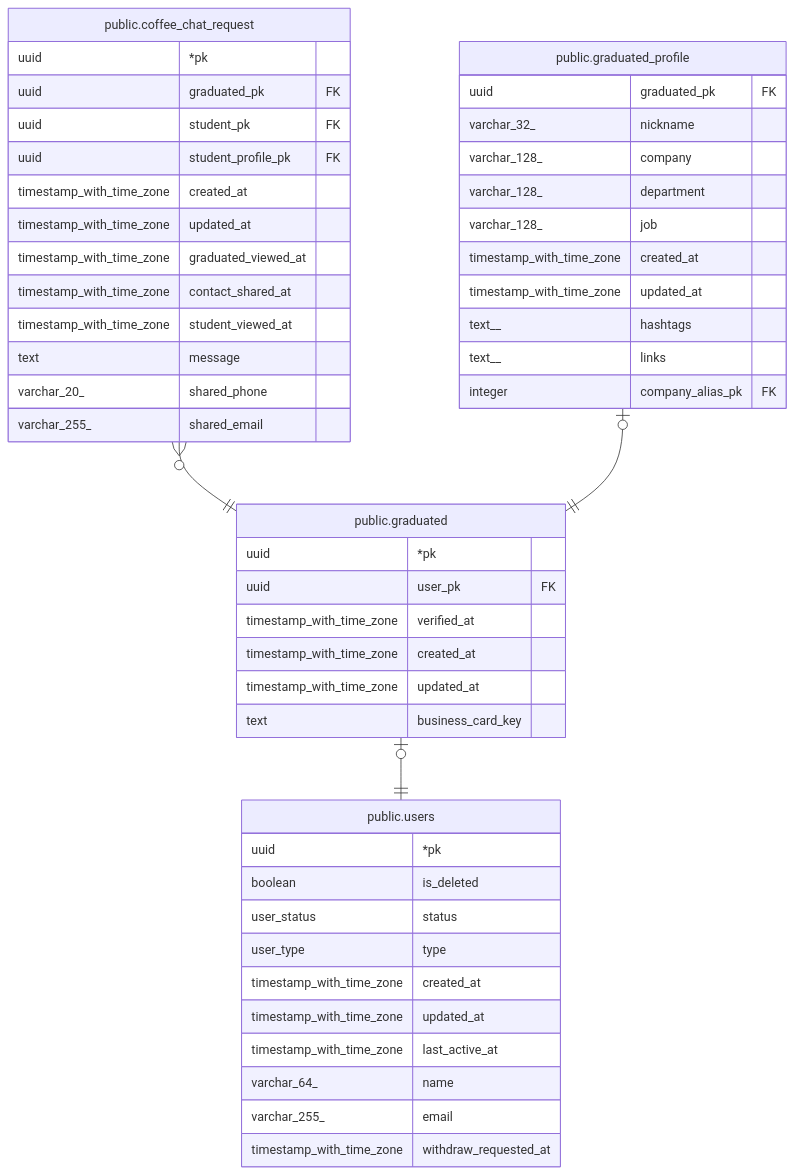
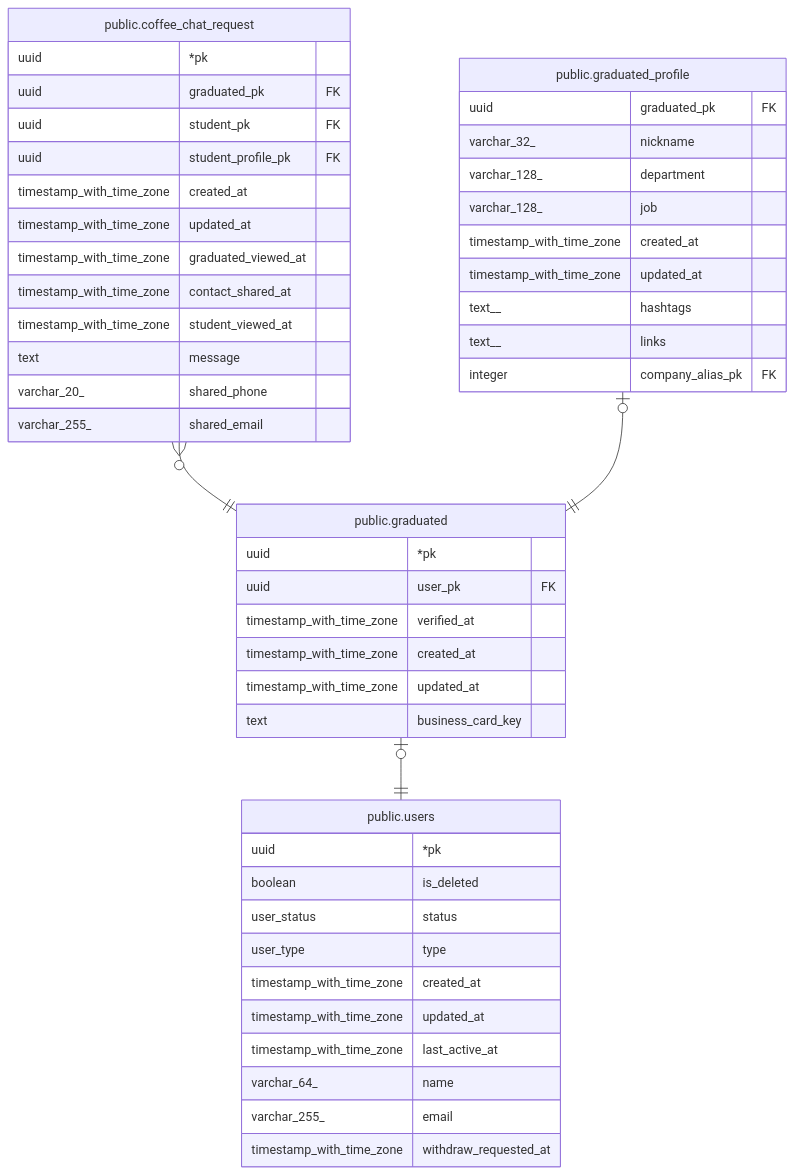
The diagram in docs/schema/public.graduated.md (gsainfoteam/cheers-be), drawn with Mermaid before and after one commit. The commit also changed 9 other files, not shown here.

Commit message:
- docs: update schema docs and sequence diagrams for company column removal (CRB-73)

````diff
--- a/docs/schema/public.graduated.md
+++ b/docs/schema/public.graduated.md
@@ -35,54 +35,53 @@
 ```mermaid
 erDiagram
 
 "public.coffee_chat_request" }o--|| "public.graduated" : ""
 "public.graduated_profile" |o--|| "public.graduated" : ""
 "public.graduated" |o--|| "public.users" : ""
 
 "public.graduated" {
   uuid *pk
   uuid user_pk FK
   timestamp_with_time_zone verified_at
   timestamp_with_time_zone created_at
   timestamp_with_time_zone updated_at
   text business_card_key
 }
 "public.coffee_chat_request" {
   uuid *pk
   uuid graduated_pk FK
   uuid student_pk FK
   uuid student_profile_pk FK
   timestamp_with_time_zone created_at
   timestamp_with_time_zone updated_at
   timestamp_with_time_zone graduated_viewed_at
   timestamp_with_time_zone contact_shared_at
   timestamp_with_time_zone student_viewed_at
   text message
   varchar_20_ shared_phone
   varchar_255_ shared_email
 }
 "public.graduated_profile" {
   uuid graduated_pk FK
   varchar_32_ nickname
-  varchar_128_ company
   varchar_128_ department
   varchar_128_ job
   timestamp_with_time_zone created_at
   timestamp_with_time_zone updated_at
   text__ hashtags
   text__ links
   integer company_alias_pk FK
 }
 "public.users" {
   uuid *pk
   boolean is_deleted
   user_status status
   user_type type
   timestamp_with_time_zone created_at
   timestamp_with_time_zone updated_at
   timestamp_with_time_zone last_active_at
   varchar_64_ name
   varchar_255_ email
   timestamp_with_time_zone withdraw_requested_at
 }
 ```
````
